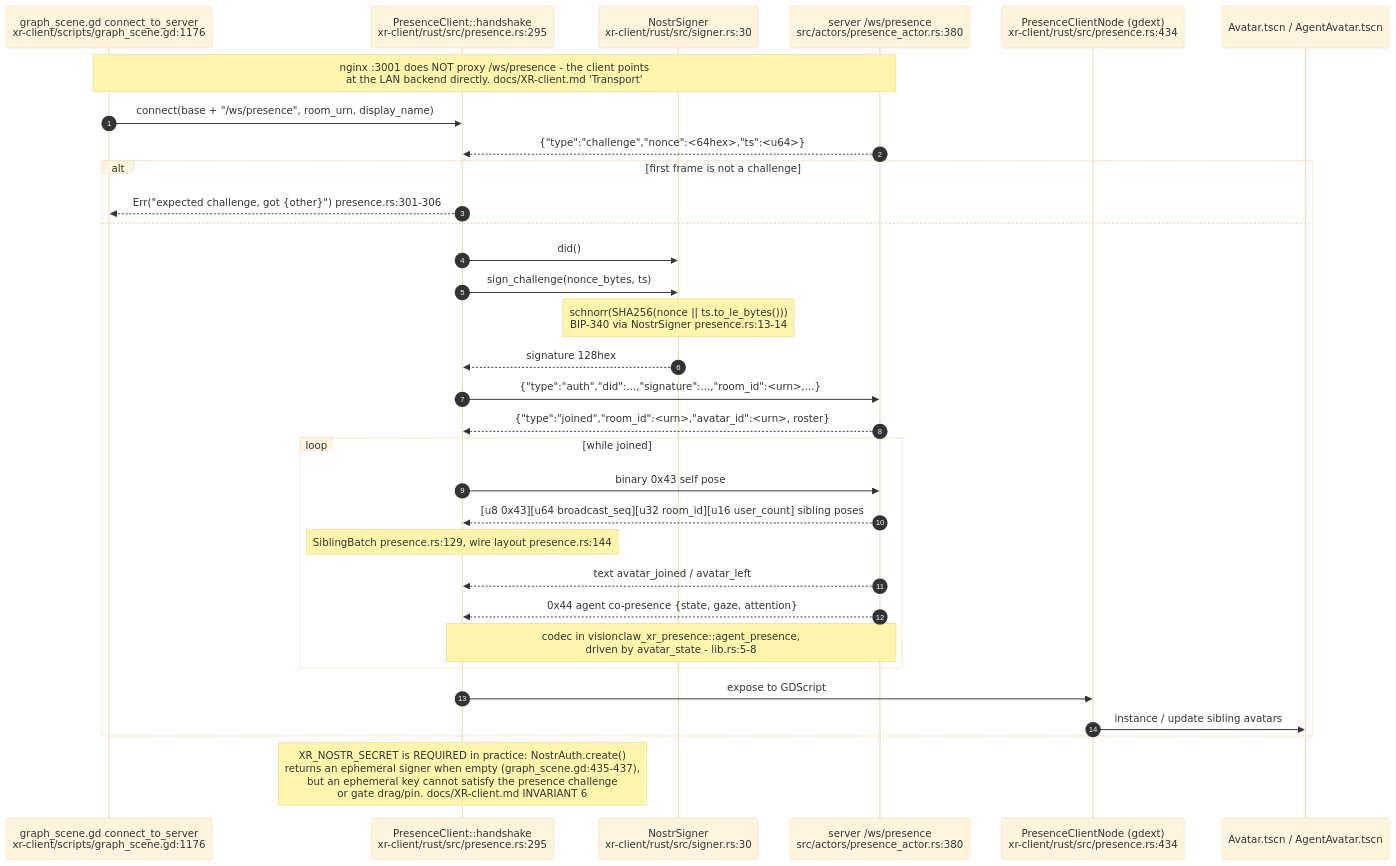
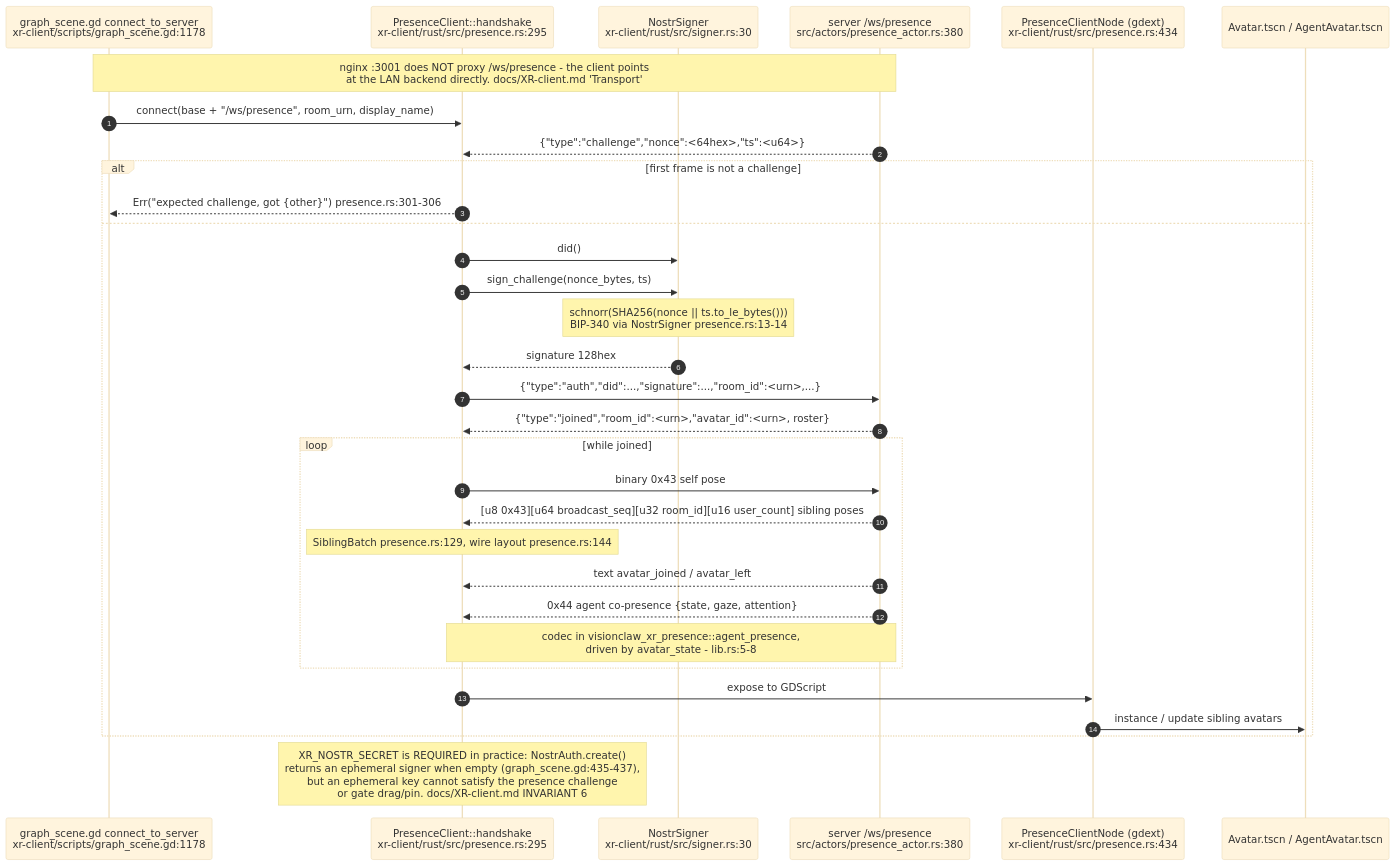
The tenth of 23 diagrams in docs/diagrams/visionclaw/36-godot-xr-client.md (DreamLab-AI/VisionFlow), drawn with Mermaid (base theme) before and after one commit. The commit also changed other lines of this file and 111 other files, not shown here.

Commit message:
docs(diagrams): align estate maps with current source

````diff
--- a/docs/diagrams/visionclaw/36-godot-xr-client.md
+++ b/docs/diagrams/visionclaw/36-godot-xr-client.md
@@ -457,35 +457,35 @@
 ```mermaid
 sequenceDiagram
     autonumber
-    participant GS as graph_scene.gd connect_to_server<br/>xr-client/scripts/graph_scene.gd:1176
+    participant GS as graph_scene.gd connect_to_server<br/>xr-client/scripts/graph_scene.gd:1178
     participant PC as PresenceClient::handshake<br/>xr-client/rust/src/presence.rs:295
     participant SG as NostrSigner<br/>xr-client/rust/src/signer.rs:30
     participant SV as server /ws/presence<br/>src/actors/presence_actor.rs:380
     participant PN as PresenceClientNode (gdext)<br/>xr-client/rust/src/presence.rs:434
     participant AV as Avatar.tscn / AgentAvatar.tscn
 
     Note over GS,SV: nginx :3001 does NOT proxy /ws/presence - the client points<br/>at the LAN backend directly. docs/XR-client.md 'Transport'
     GS->>PC: connect(base + "/ws/presence", room_urn, display_name)
     SV-->>PC: {"type":"challenge","nonce":<64hex>,"ts":<u64>}
     alt first frame is not a challenge
         PC-->>GS: Err("expected challenge, got {other}") presence.rs:301-306
     else
         PC->>SG: did()
         PC->>SG: sign_challenge(nonce_bytes, ts)
         Note over SG: schnorr(SHA256(nonce || ts.to_le_bytes()))<br/>BIP-340 via NostrSigner presence.rs:13-14
         SG-->>PC: signature 128hex
         PC->>SV: {"type":"auth","did":...,"signature":...,"room_id":<urn>,...}
         SV-->>PC: {"type":"joined","room_id":<urn>,"avatar_id":<urn>, roster}
         loop while joined
             PC->>SV: binary 0x43 self pose
             SV-->>PC: [u8 0x43][u64 broadcast_seq][u32 room_id][u16 user_count] sibling poses
             Note over PC: SiblingBatch presence.rs:129, wire layout presence.rs:144
             SV-->>PC: text avatar_joined / avatar_left
             SV-->>PC: 0x44 agent co-presence {state, gaze, attention}
             Note over SV,PC: codec in visionclaw_xr_presence::agent_presence,<br/>driven by avatar_state - lib.rs:5-8
         end
         PC->>PN: expose to GDScript
         PN->>AV: instance / update sibling avatars
     end
     Note over PC: XR_NOSTR_SECRET is REQUIRED in practice: NostrAuth.create()<br/>returns an ephemeral signer when empty (graph_scene.gd:435-437),<br/>but an ephemeral key cannot satisfy the presence challenge<br/>or gate drag/pin. docs/XR-client.md INVARIANT 6
 ```
````
